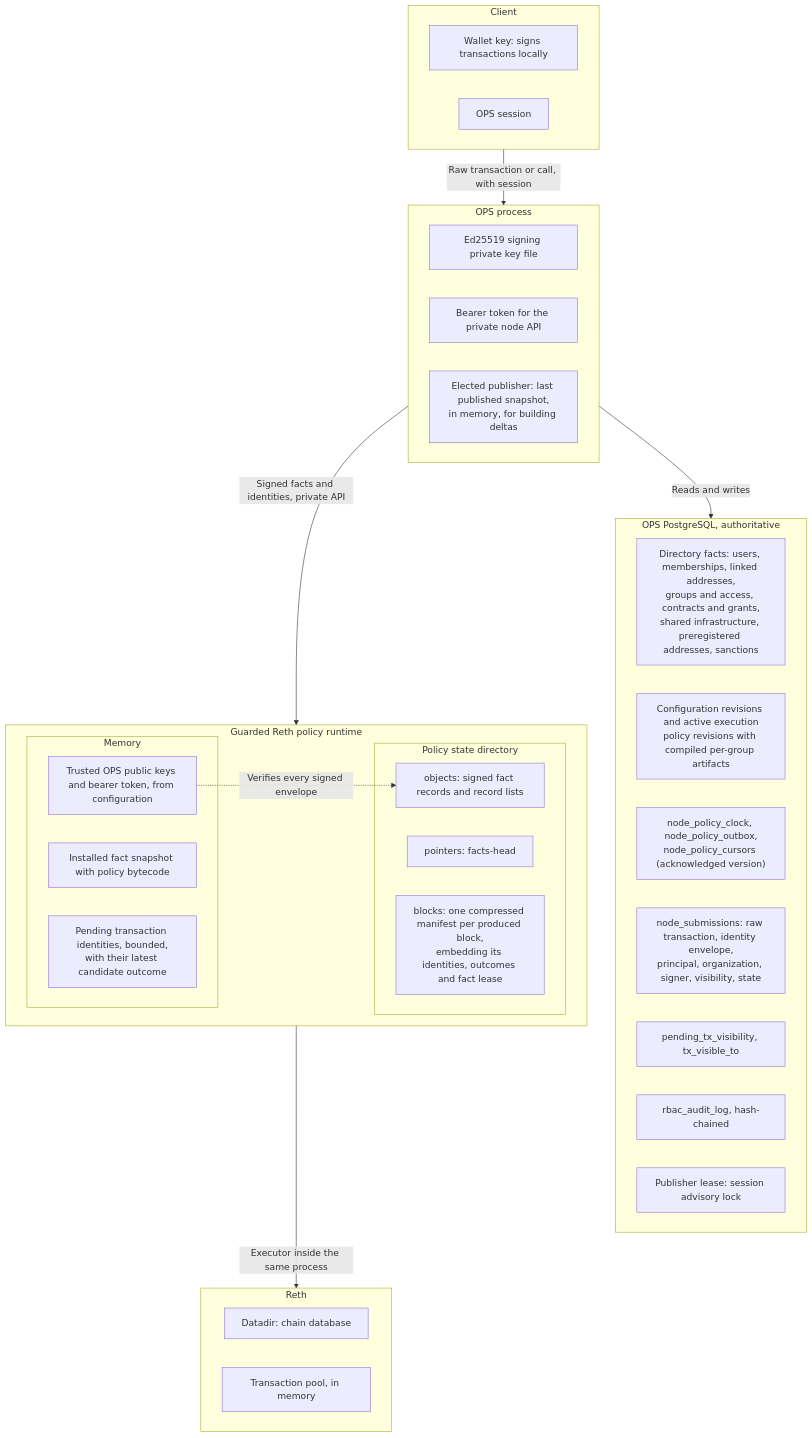
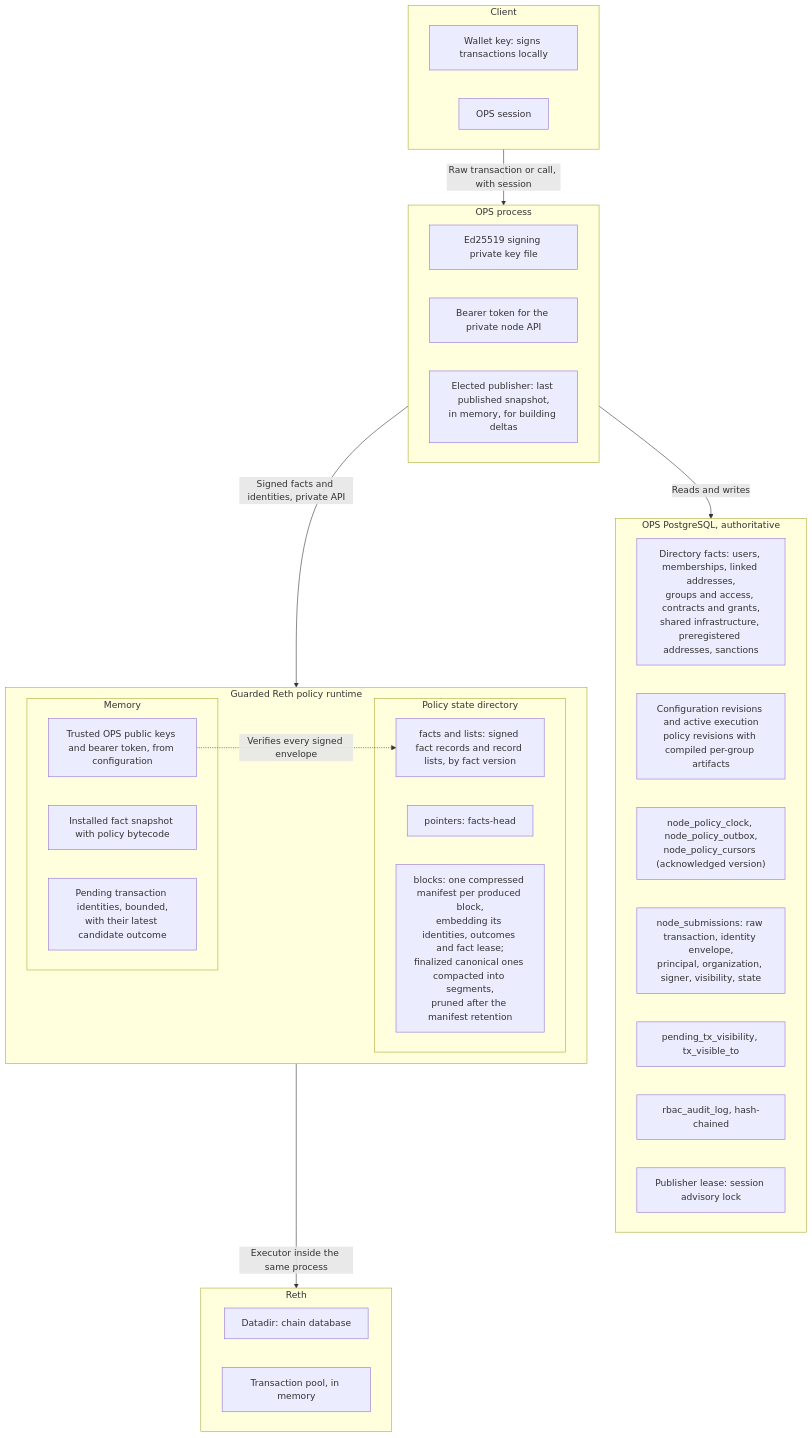
The fifth of 6 diagrams in docs/architecture/reth-execution-flow.md (LFDT-Permissioned-Privacy-Control/permissioned-privacy-control), drawn with Mermaid before and after one commit. The commit also changed other lines of this file and 16 other files, not shown here.

````diff
--- a/docs/architecture/reth-execution-flow.md
+++ b/docs/architecture/reth-execution-flow.md
@@ -280,42 +280,42 @@
 ```mermaid
 flowchart TB
     subgraph Client["Client"]
         Wallet["Wallet key: signs transactions locally"]
         Session["OPS session"]
     end
     subgraph OPSProc["OPS process"]
         SignKey["Ed25519 signing private key file"]
         NodeToken["Bearer token for the private node API"]
         LastSnap["Elected publisher: last published snapshot,<br/>in memory, for building deltas"]
     end
     subgraph PG["OPS PostgreSQL, authoritative"]
         Directory["Directory facts: users, memberships, linked addresses,<br/>groups and access, contracts and grants,<br/>shared infrastructure, preregistered addresses, sanctions"]
         Config["Configuration revisions and active execution<br/>policy revisions with compiled per-group artifacts"]
         Feed["node_policy_clock, node_policy_outbox,<br/>node_policy_cursors (acknowledged version)"]
         Subs["node_submissions: raw transaction, identity envelope,<br/>principal, organization, signer, visibility, state"]
         Visibility["pending_tx_visibility, tx_visible_to"]
         Audit["rbac_audit_log, hash-chained"]
         Lease["Publisher lease: session advisory lock"]
     end
     subgraph Runtime["Guarded Reth policy runtime"]
         subgraph Memory["Memory"]
             Facts["Installed fact snapshot with policy bytecode"]
             Pending["Pending transaction identities, bounded,<br/>with their latest candidate outcome"]
             Trust["Trusted OPS public keys and bearer token, from configuration"]
         end
         subgraph StateDir["Policy state directory"]
-            Objects["objects: signed fact records and record lists"]
+            Objects["facts and lists: signed fact records and record lists, by fact version"]
             Pointers["pointers: facts-head"]
-            Blocks["blocks: one compressed manifest per produced block,<br/>embedding its identities, outcomes and fact lease"]
+            Blocks["blocks: one compressed manifest per produced block,<br/>embedding its identities, outcomes and fact lease;<br/>finalized canonical ones compacted into segments,<br/>pruned after the manifest retention"]
         end
     end
     subgraph Reth["Reth"]
         Chain["Datadir: chain database"]
         Pool["Transaction pool, in memory"]
     end
     Client -->|"Raw transaction or call, with session"| OPSProc
     OPSProc -->|"Reads and writes"| PG
     OPSProc -->|"Signed facts and identities, private API"| Runtime
     Trust -.->|"Verifies every signed envelope"| Objects
     Runtime -->|"Executor inside the same process"| Reth
 ```
````
